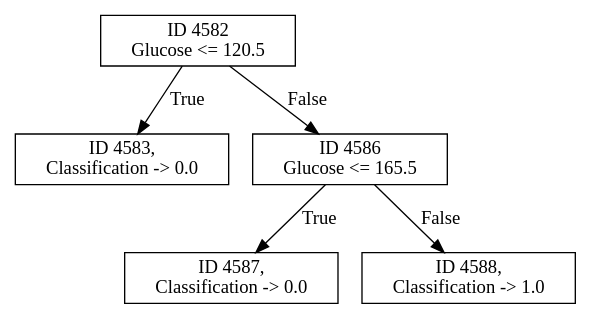
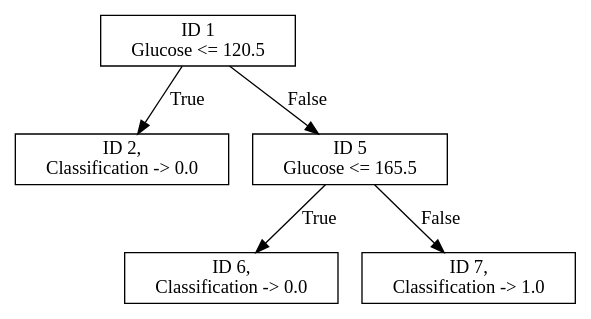
Before and after one commit to anime-sh/CS60050_Assignments: the diagram in Assign1/unpruned_best_tree_optimal_height_entropy.gv, drawn with Graphviz. The commit also changed 15 other files, not shown here.

```diff
--- a/Assign1/unpruned_best_tree_optimal_height_entropy.gv
+++ b/Assign1/unpruned_best_tree_optimal_height_entropy.gv
@@ -1,23 +1,23 @@
 digraph "Decision Tree" {
 	node [shape=rectangle]
-	"ID 4582
+	"ID 1
 Glucose <= 120.5
-" -> "ID 4583,
+" -> "ID 2,
 Classification -> 0.0
 " [label=True]
-	"ID 4582
+	"ID 1
 Glucose <= 120.5
-" -> "ID 4586
+" -> "ID 5
 Glucose <= 165.5
 " [label=False]
-	"ID 4586
+	"ID 5
 Glucose <= 165.5
-" -> "ID 4587,
+" -> "ID 6,
 Classification -> 0.0
 " [label=True]
-	"ID 4586
+	"ID 5
 Glucose <= 165.5
-" -> "ID 4588,
+" -> "ID 7,
 Classification -> 1.0
 " [label=False]
 }
```
